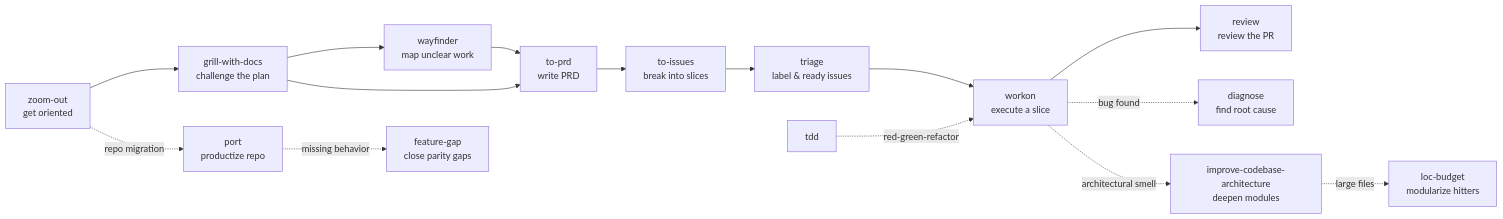
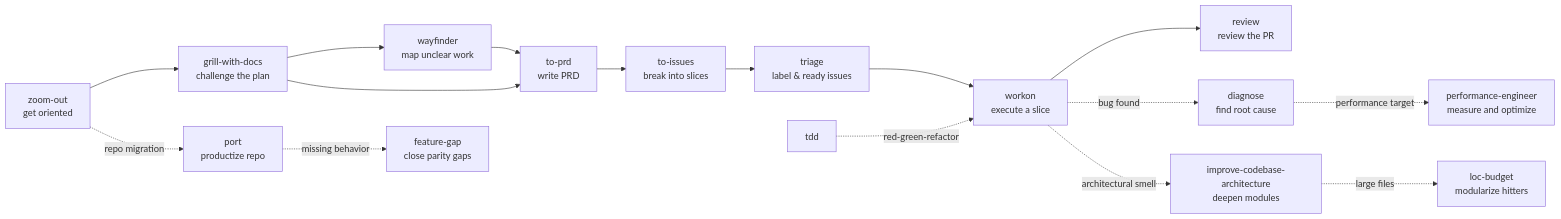
One commit to smeltery/skills changed the diagram in skills/engineering/README.md. Above: the diagram before and after it, drawn with Mermaid. The commit also changed other lines of this file and 7 other files, not shown here.

````diff
--- a/skills/engineering/README.md
+++ b/skills/engineering/README.md
@@ -32,17 +33,18 @@
 ```mermaid
 flowchart LR
   ZO[zoom-out<br/>get oriented] --> GWD[grill-with-docs<br/>challenge the plan]
   GWD --> WF[wayfinder<br/>map unclear work]
   WF --> PRD[to-prd<br/>write PRD]
   GWD --> PRD
   PRD --> TI[to-issues<br/>break into slices]
   TI --> TRI[triage<br/>label & ready issues]
   TRI --> WO[workon<br/>execute a slice]
   WO --> RV[review<br/>review the PR]
   ZO -.repo migration.-> PORT[port<br/>productize repo]
   PORT -.missing behavior.-> FG[feature-gap<br/>close parity gaps]
   ARCH -.large files.-> LOC[loc-budget<br/>modularize hitters]
   WO -.bug found.-> DIAG[diagnose<br/>find root cause]
+  DIAG -.performance target.-> PERF[performance-engineer<br/>measure and optimize]
   WO -.architectural smell.-> ARCH[improve-codebase-architecture<br/>deepen modules]
   TDD[tdd] -.red-green-refactor.-> WO
 ```
````
